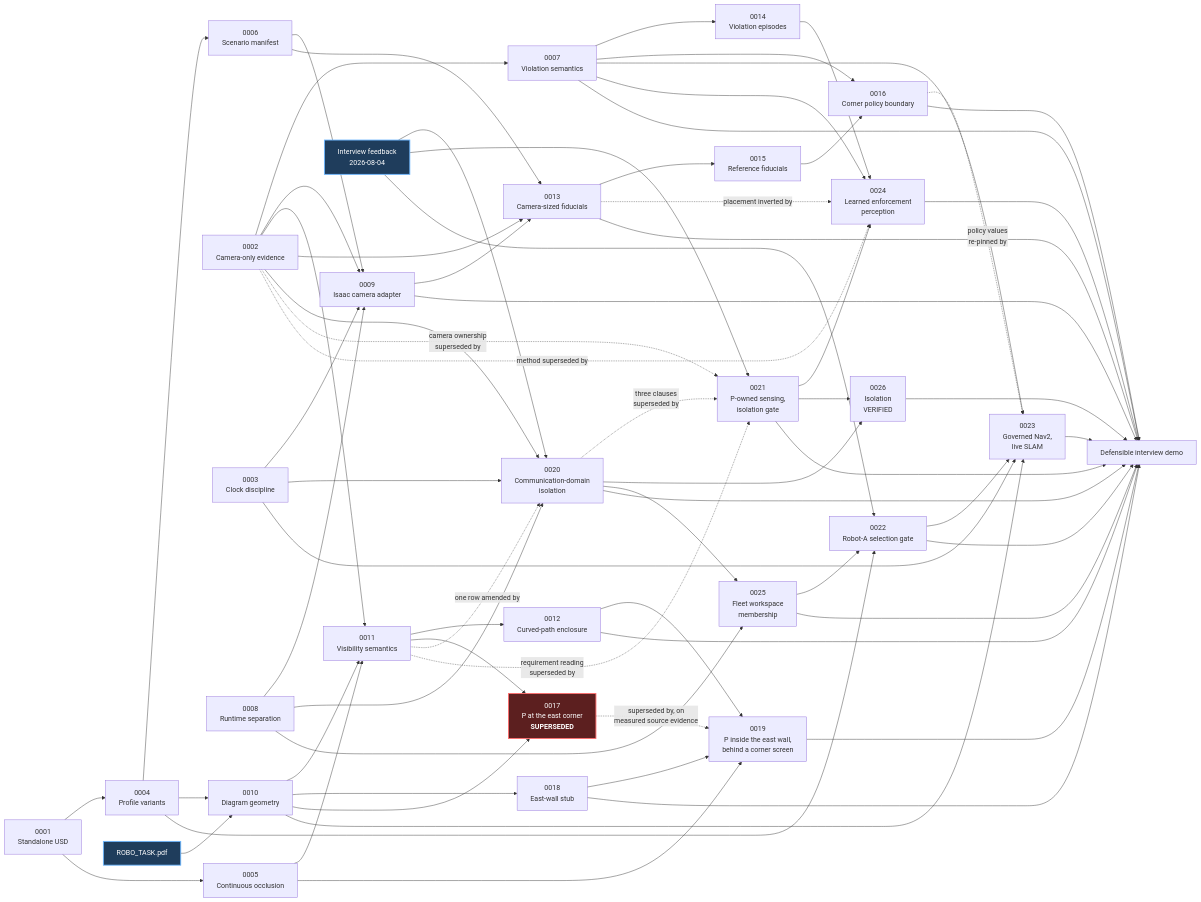
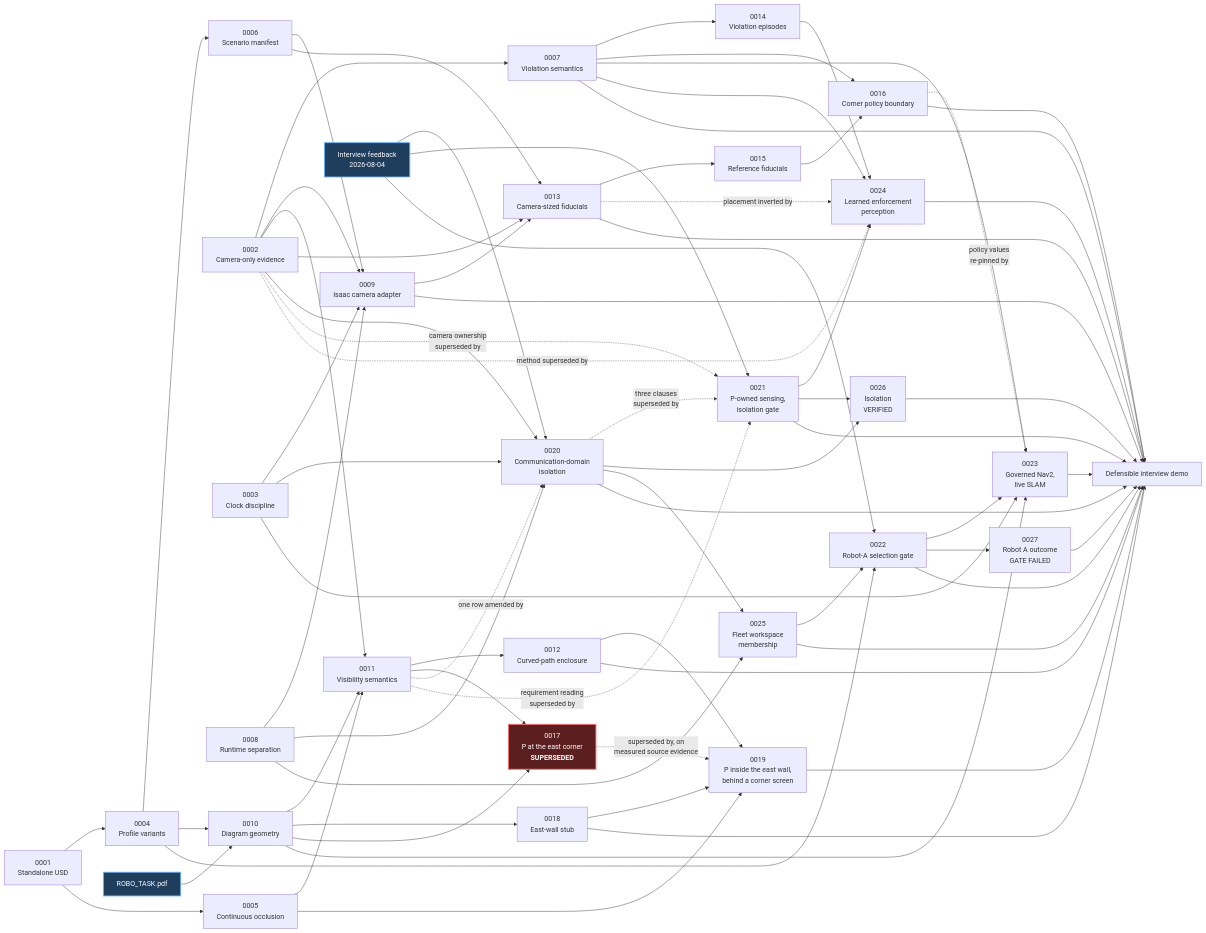
The diagram in docs/adr/README.md (alexandergmzx/corridor-twin), drawn with Mermaid before and after one commit. The commit also changed other lines of this file and 1 other file, not shown here.

```diff
--- a/docs/adr/README.md
+++ b/docs/adr/README.md
@@ -115,6 +116,7 @@
     A14 --> A24
 
     A8 --> A25["0025<br/>Fleet workspace<br/>membership"]
+    A22 --> A27["0027<br/>Robot A outcome<br/>GATE FAILED"]
     A20 --> A26["0026<br/>Isolation<br/>VERIFIED"]
     A21 --> A26
     A20 --> A25
@@ -134,6 +136,7 @@
     A24 --> Demo
     A25 --> Demo
     A26 --> Demo
+    A27 --> Demo
 
     classDef source fill:#1f3d5c,color:#ffffff,stroke:#6bb6ff,stroke-width:2px;
     classDef superseded fill:#5c1f1f,color:#ffffff,stroke:#ff6b6b,stroke-width:2px;
```
